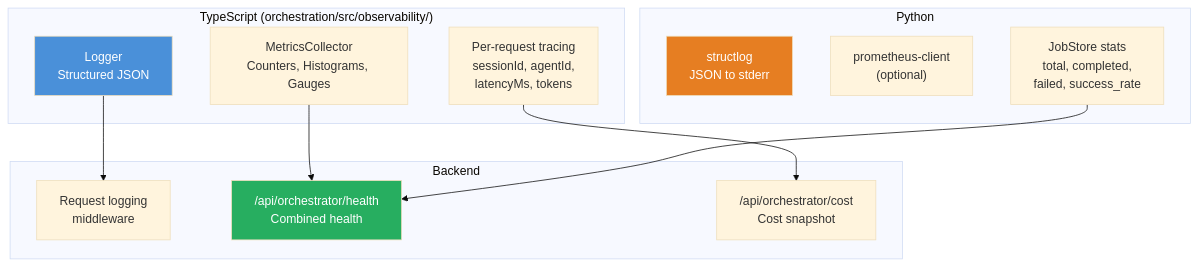
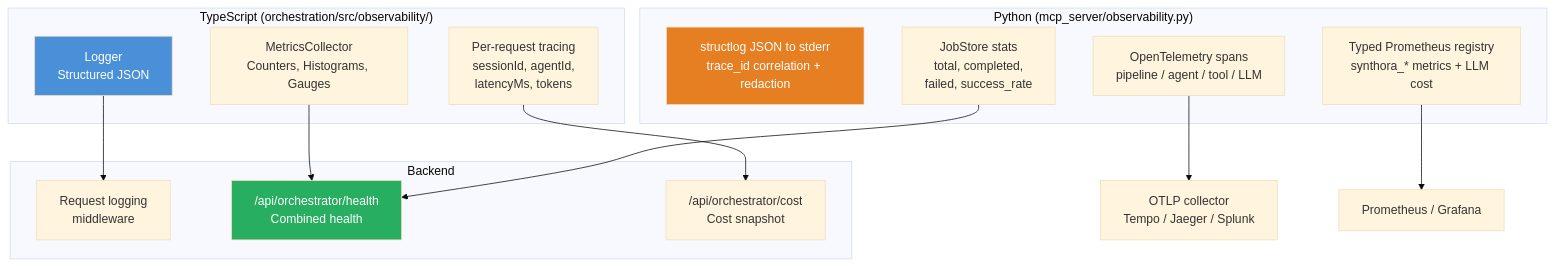
Before and after one commit to hoangsonww/AI-Gov-Content-Curator: diagram 18 of 20 in AI_ML.md, drawn with Mermaid (base theme). The commit also changed other lines of this file and 7 other files, not shown here.

````diff
--- a/AI_ML.md
+++ b/AI_ML.md
@@ -1097,29 +1128,32 @@
 ```mermaid
 graph TB
     subgraph "TypeScript (orchestration/src/observability/)"
         TS_LOG["Logger<br/>Structured JSON"]
         TS_MET["MetricsCollector<br/>Counters, Histograms, Gauges"]
         TS_TRACE["Per-request tracing<br/>sessionId, agentId,<br/>latencyMs, tokens"]
     end
 
-    subgraph "Python"
-        PY_LOG["structlog<br/>JSON to stderr"]
-        PY_MET["prometheus-client<br/>(optional)"]
+    subgraph "Python (mcp_server/observability.py)"
+        PY_LOG["structlog JSON to stderr<br/>trace_id correlation + redaction"]
+        PY_TRACE["OpenTelemetry spans<br/>pipeline / agent / tool / LLM"]
+        PY_MET["Typed Prometheus registry<br/>synthora_* metrics + LLM cost"]
         PY_JOBS["JobStore stats<br/>total, completed,<br/>failed, success_rate"]
     end
 
     subgraph "Backend"
         BE_LOG["Request logging<br/>middleware"]
         BE_HEALTH["/api/orchestrator/health<br/>Combined health"]
         BE_COST["/api/orchestrator/cost<br/>Cost snapshot"]
     end
 
     TS_LOG --> BE_LOG
     TS_MET --> BE_HEALTH
     PY_JOBS --> BE_HEALTH
+    PY_TRACE --> OTLP["OTLP collector<br/>Tempo / Jaeger / Splunk"]
+    PY_MET --> PROM["Prometheus / Grafana"]
     TS_TRACE --> BE_COST
 
     style TS_LOG fill:#4a90d9,color:#fff
     style PY_LOG fill:#e67e22,color:#fff
     style BE_HEALTH fill:#27ae60,color:#fff
 ```
````
